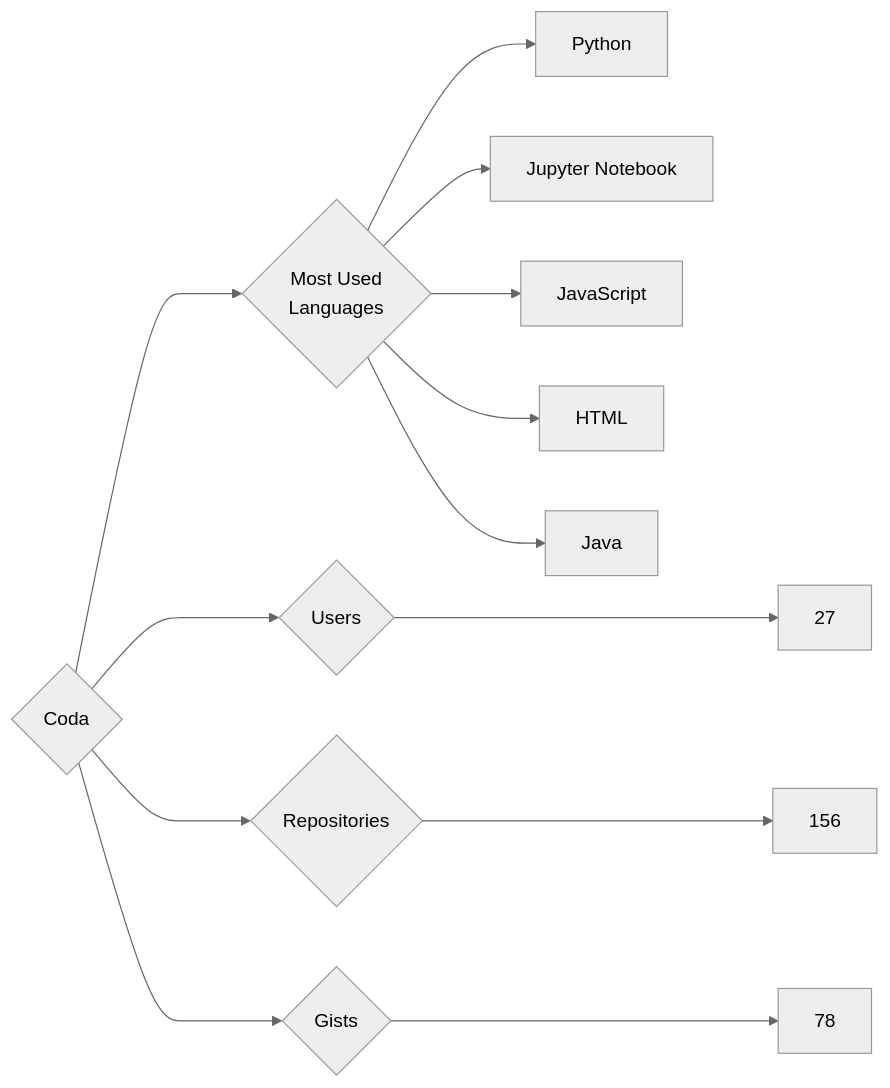
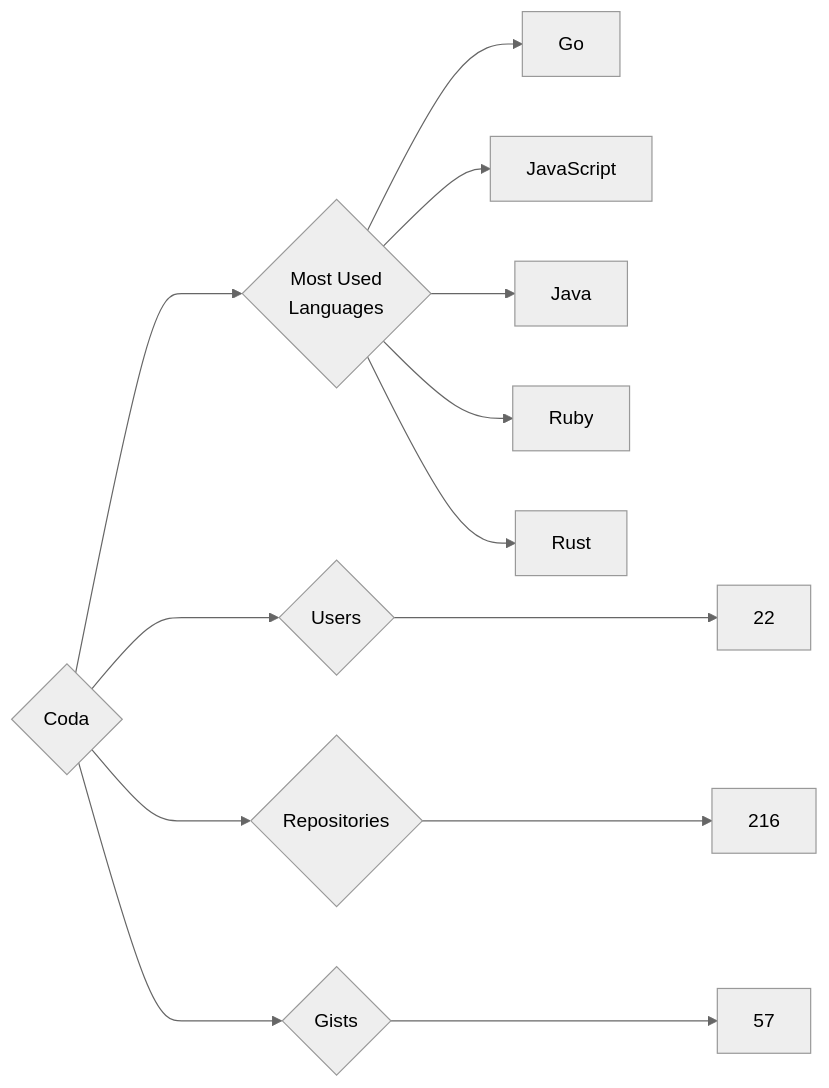
The diagram in targets/Coda/README.md (trickest/insiders), drawn with Mermaid (neutral theme) before and after one commit. The commit also changed 699 other files, not shown here.

````diff
--- a/targets/Coda/README.md
+++ b/targets/Coda/README.md
@@ -3,13 +3,13 @@
 ```mermaid
 graph LR
 COMPANY_NAME{Coda}
-COMPANY_NAME ---> U{Users} ---> UN[27]
-COMPANY_NAME ---> R{Repositories} ---> RN[156]
-COMPANY_NAME ---> G{Gists} ---> GN[78]
+COMPANY_NAME ---> U{Users} ---> UN[22]
+COMPANY_NAME ---> R{Repositories} ---> RN[216]
+COMPANY_NAME ---> G{Gists} ---> GN[57]
 COMPANY_NAME ---> ML{Most Used<br>Languages}
-ML --> Python[Python]
-ML --> Jupyter_Notebook[Jupyter Notebook]
+ML --> Go[Go]
 ML --> JavaScript[JavaScript]
-ML --> HTML[HTML]
 ML --> Java[Java]
+ML --> Ruby[Ruby]
+ML --> Rust[Rust]
 ```
````
